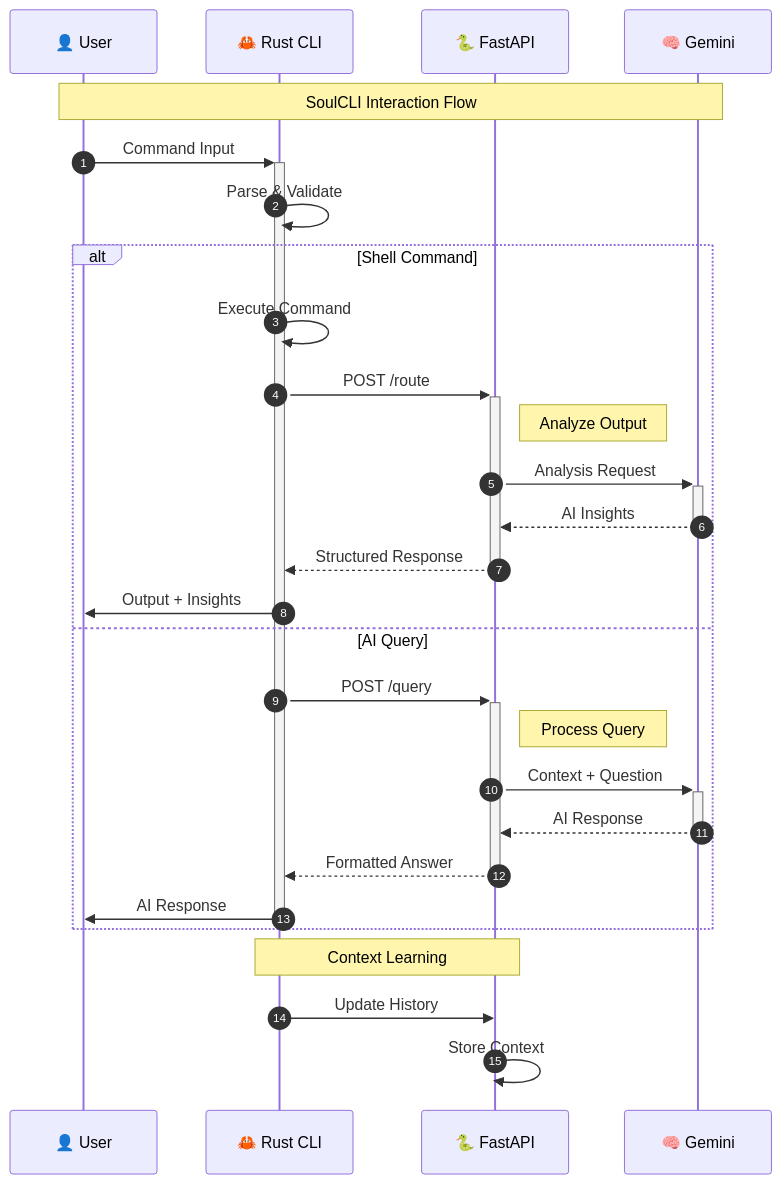
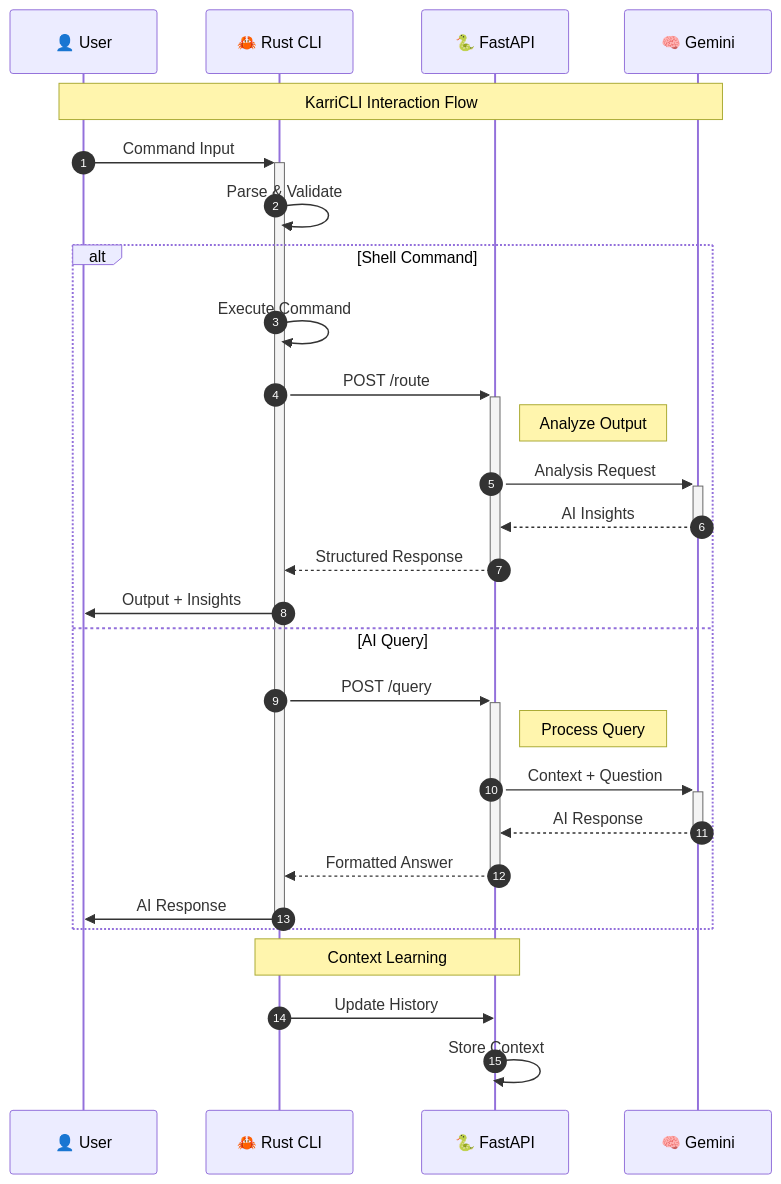
One commit to Eshwarvijay007/soulcli changed the second of 3 diagrams in README.md. Above: the diagram before and after it, drawn with Mermaid. The commit also changed other lines of this file, not shown here.

````diff
--- a/README.md
+++ b/README.md
@@ -71,35 +71,35 @@
 ```mermaid
 sequenceDiagram
     participant U as 👤 User
     participant CLI as 🦀 Rust CLI
     participant API as 🐍 FastAPI
     participant LLM as 🧠 Gemini
     
     autonumber
     
-    Note over U,LLM: SoulCLI Interaction Flow
+    Note over U,LLM: KarriCLI Interaction Flow
     
     U->>+CLI: Command Input
     CLI->>CLI: Parse & Validate
     
     alt Shell Command
         CLI->>CLI: Execute Command
         CLI->>+API: POST /route
         Note right of API: Analyze Output
         API->>+LLM: Analysis Request
         LLM-->>-API: AI Insights
         API-->>-CLI: Structured Response
         CLI->>U: Output + Insights
     else AI Query
         CLI->>+API: POST /query
         Note right of API: Process Query
         API->>+LLM: Context + Question
         LLM-->>-API: AI Response
         API-->>-CLI: Formatted Answer
         CLI->>-U: AI Response
     end
     
     Note over CLI,API: Context Learning
     CLI->>API: Update History
     API->>API: Store Context
 ```
````
